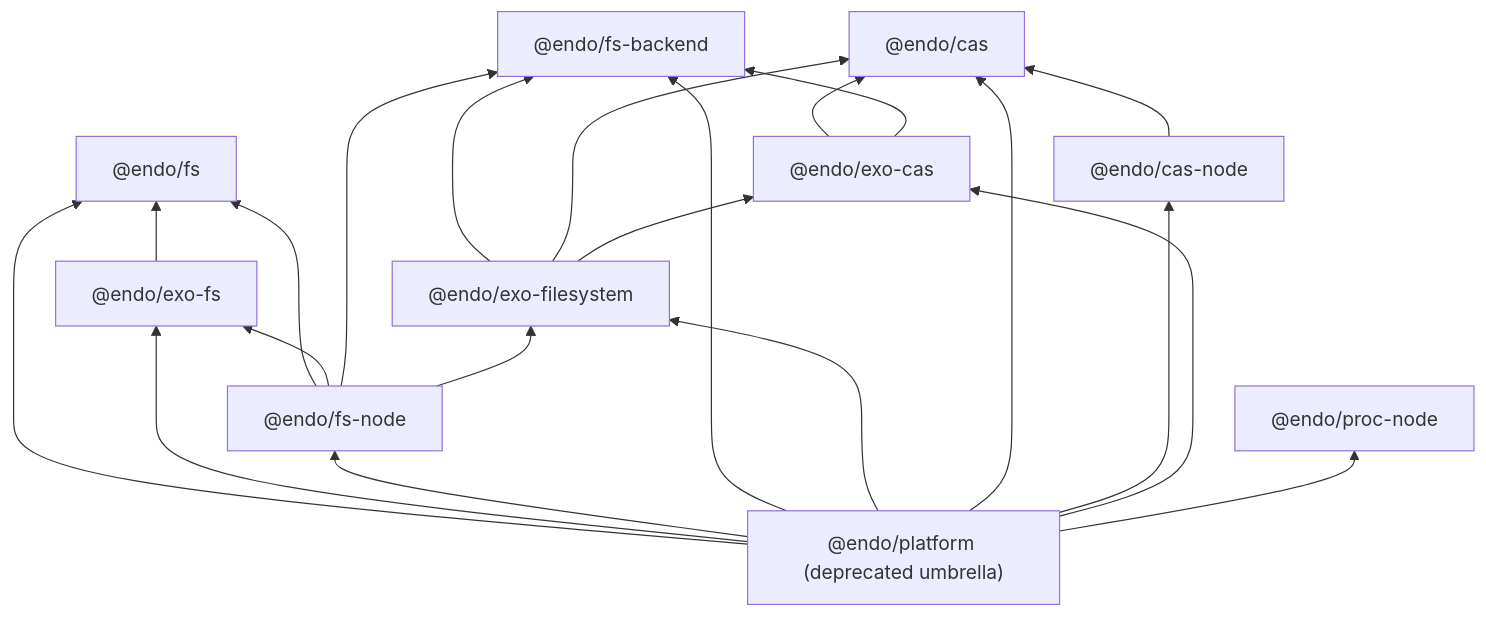
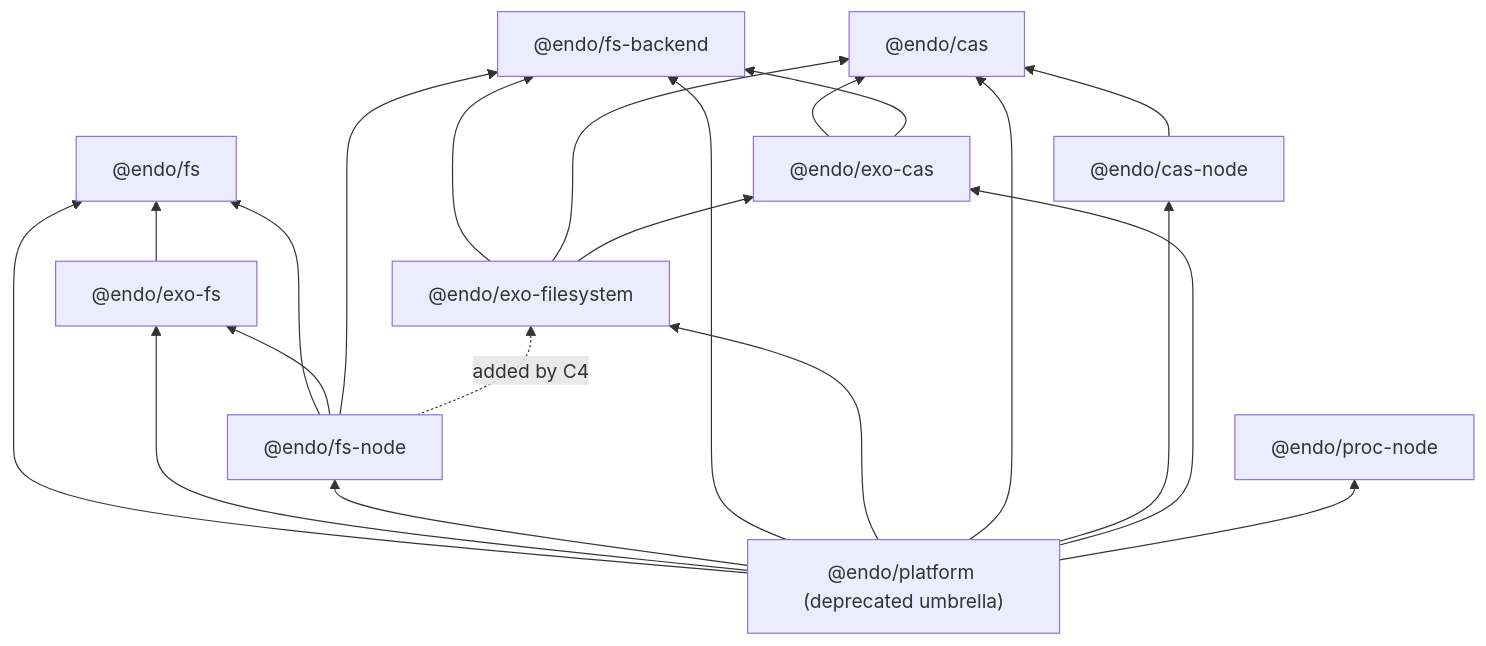
Before and after one commit to endojs/endo-but-for-bots: the diagram in designs/platform-dimension-packages.md, drawn with Mermaid. The commit also changed other lines of this file and 1 other file, not shown here.

````diff
--- a/designs/platform-dimension-packages.md
+++ b/designs/platform-dimension-packages.md
@@ -147,27 +170,27 @@
 ```mermaid
 graph BT
   fs["@endo/fs"]
   exofs["@endo/exo-fs"] --> fs
   fsnode["@endo/fs-node"] --> fs
   fsnode --> exofs
   cas["@endo/cas"]
   casnode["@endo/cas-node"] --> cas
   fsbackend["@endo/fs-backend"]
   exocas["@endo/exo-cas"] --> cas
   exocas --> fsbackend
   exofilesystem["@endo/exo-filesystem"] --> fsbackend
   exofilesystem --> cas
   exofilesystem --> exocas
   fsnode --> fsbackend
-  fsnode --> exofilesystem
+  fsnode -.->|"added by C4"| exofilesystem
   procnode["@endo/proc-node"]
   platform["@endo/platform (deprecated umbrella)"] --> fs
   platform --> exofs
   platform --> fsnode
   platform --> fsbackend
   platform --> exofilesystem
   platform --> cas
   platform --> casnode
   platform --> exocas
   platform --> procnode
 ```
````
